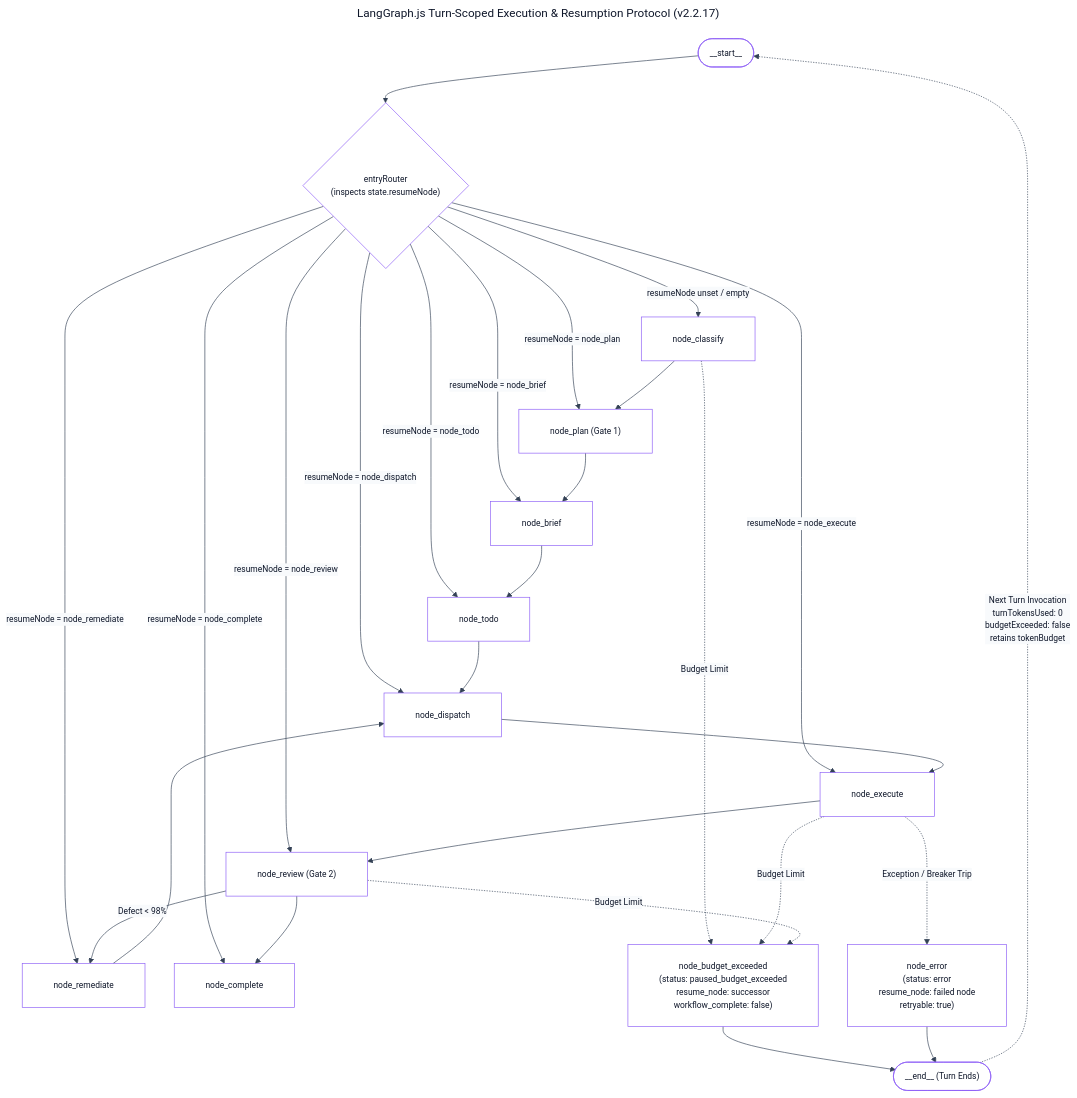
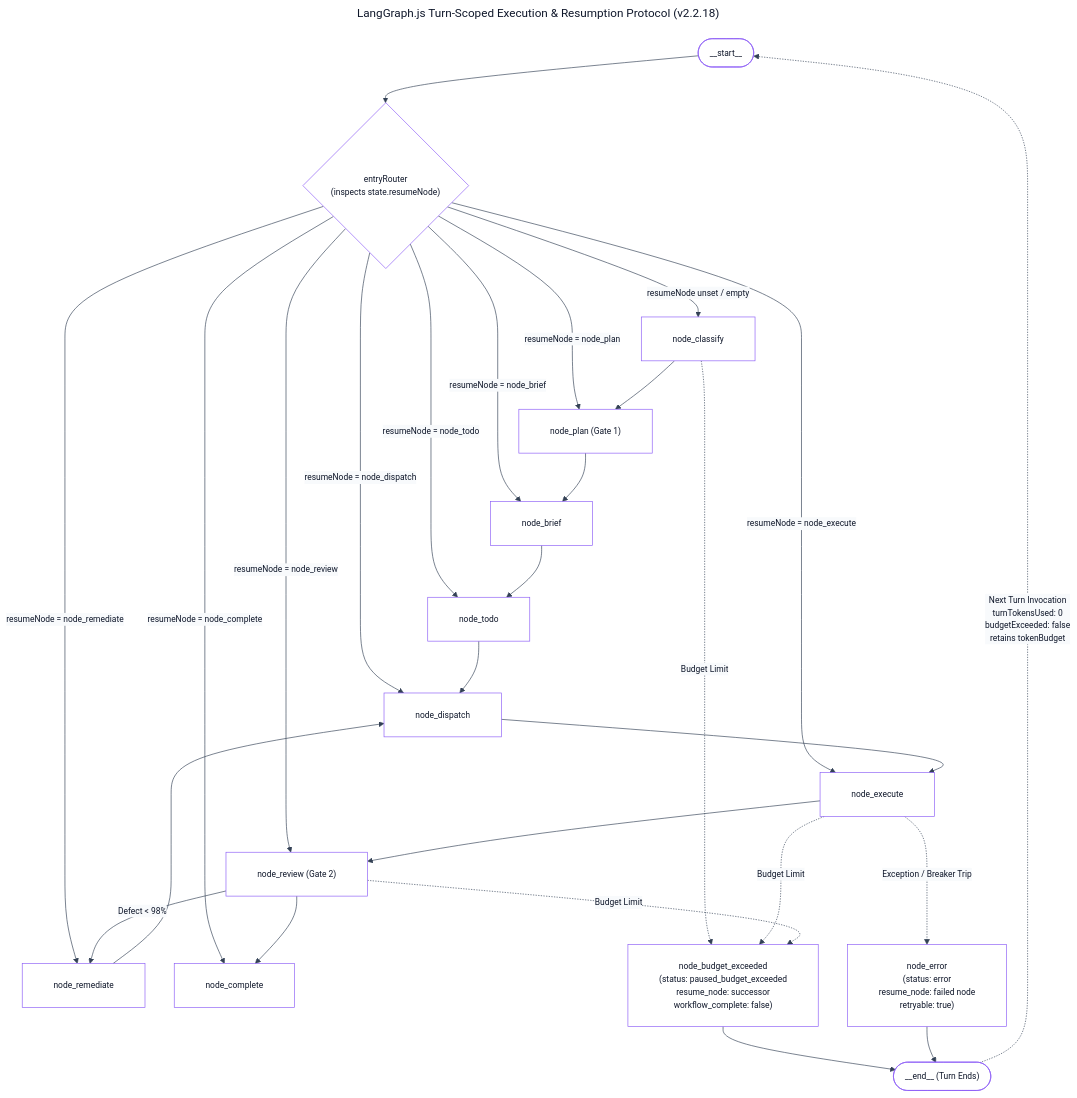
One commit to andycungkrinx91/konoha changed the fourth of 4 diagrams in docs/ARCHITECTURE.md. Above: the diagram before and after it, drawn with Mermaid. The commit also changed other lines of this file and 36 other files, not shown here.

````diff
--- a/docs/ARCHITECTURE.md
+++ b/docs/ARCHITECTURE.md
@@ -745,56 +745,56 @@
 ```mermaid
 ---
-title: LangGraph.js Turn-Scoped Execution & Resumption Protocol (v2.2.17)
+title: LangGraph.js Turn-Scoped Execution & Resumption Protocol (v2.2.18)
 config:
   theme: base
   themeVariables:
     darkMode: false
     background: '#ffffff'
     mainBkg: '#ffffff'
     primaryColor: '#ffffff'
     primaryTextColor: '#0f172a'
     primaryBorderColor: '#8b5cf6'
     lineColor: '#334155'
     arrowheadColor: '#334155'
     secondaryColor: '#f8fafc'
     fontFamily: 'Inter, system-ui, sans-serif'
     fontSize: '13px'
   flowchart:
     nodeSpacing: 45
     rankSpacing: 55
     padding: 24
     wrappingWidth: 380
 ---
 flowchart TD
     START(["__start__"]) --> EntryRouter{"entryRouter<br/>(inspects state.resumeNode)"}
     EntryRouter -->|resumeNode unset / empty| NodeClassify["node_classify"]
     EntryRouter -->|resumeNode = node_plan| NodePlan["node_plan (Gate 1)"]
     EntryRouter -->|resumeNode = node_brief| NodeBrief["node_brief"]
     EntryRouter -->|resumeNode = node_todo| NodeTodo["node_todo"]
     EntryRouter -->|resumeNode = node_dispatch| NodeDispatch["node_dispatch"]
     EntryRouter -->|resumeNode = node_execute| NodeExecute["node_execute"]
     EntryRouter -->|resumeNode = node_review| NodeReview["node_review (Gate 2)"]
     EntryRouter -->|resumeNode = node_remediate| NodeRemediate["node_remediate"]
     EntryRouter -->|resumeNode = node_complete| NodeComplete["node_complete"]
 
     NodeClassify --> NodePlan
     NodePlan --> NodeBrief
     NodeBrief --> NodeTodo
     NodeTodo --> NodeDispatch
     NodeDispatch --> NodeExecute
     NodeExecute --> NodeReview
     NodeReview --> NodeComplete
     NodeReview -->|Defect < 98%| NodeRemediate
     NodeRemediate --> NodeDispatch
 
     NodeClassify -.->|Budget Limit| BudgetHalt["node_budget_exceeded<br/>(status: paused_budget_exceeded<br/>resume_node: successor<br/>workflow_complete: false)"]
     NodeExecute -.->|Budget Limit| BudgetHalt
     NodeReview -.->|Budget Limit| BudgetHalt
 
     NodeExecute -.->|Exception / Breaker Trip| ErrorHalt["node_error<br/>(status: error<br/>resume_node: failed node<br/>retryable: true)"]
 
     BudgetHalt --> End(["__end__ (Turn Ends)"])
     ErrorHalt --> End
 
     End -.->|Next Turn Invocation<br/>turnTokensUsed: 0<br/>budgetExceeded: false<br/>retains tokenBudget| START
 ```
````
